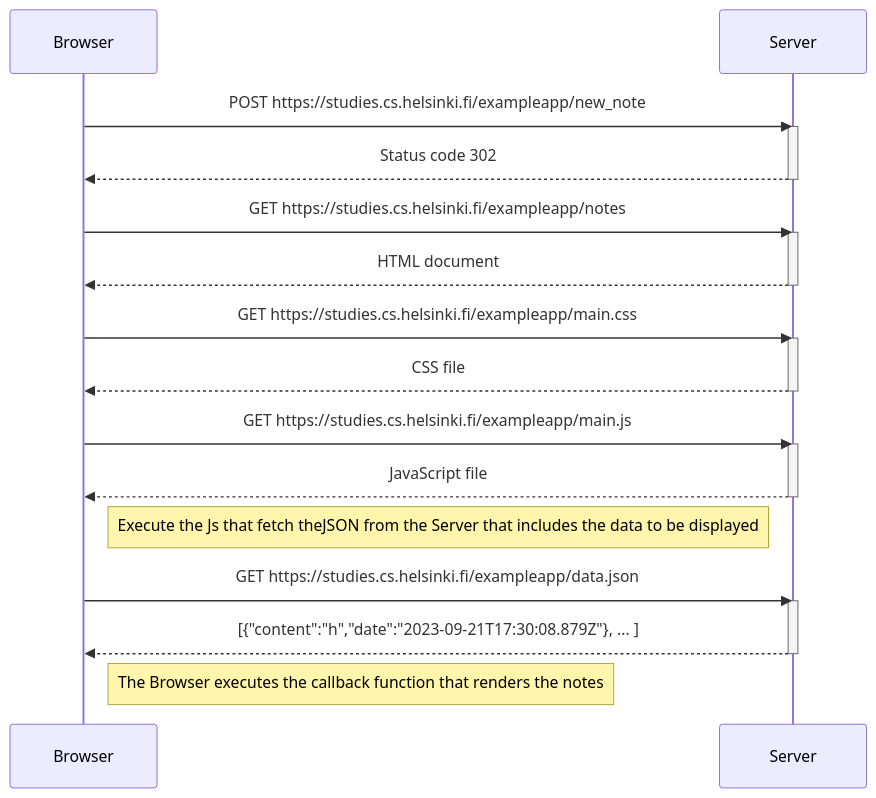
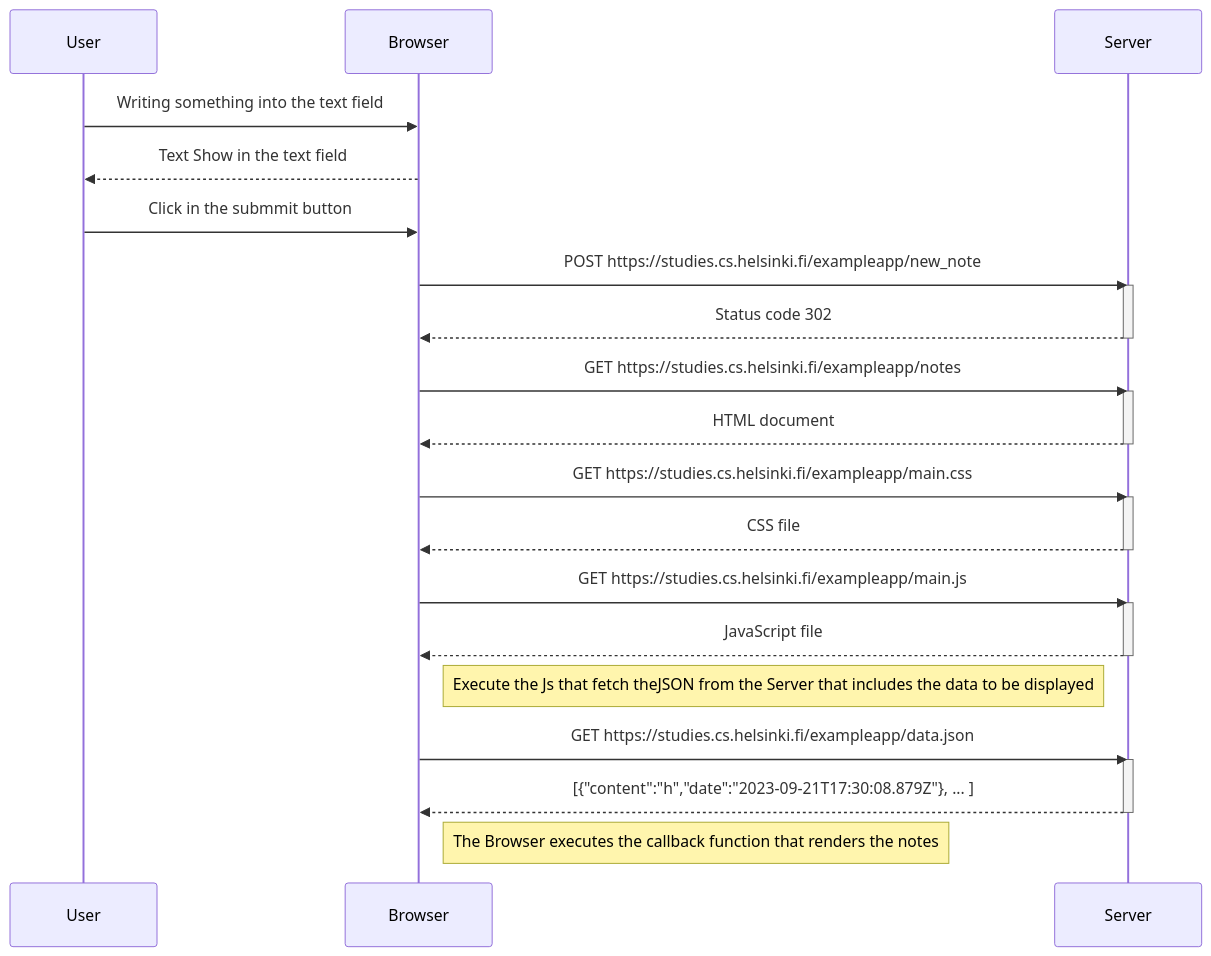
Before and after one commit to Khalentello/FullStackOpen: the diagram in part0/0.4NewNoteDiagram.mmd, drawn with Mermaid.

```diff
--- a/part0/0.4NewNoteDiagram.mmd
+++ b/part0/0.4NewNoteDiagram.mmd
@@ -1,33 +1,39 @@
 sequenceDiagram
+    participant User
     participant Browser
     participant Server
 
+    User->>Browser: Writing something into the text field
+    Browser-->>User: Text Show in the text field
+
+    User->>Browser: Click in the submmit button 
+    
     Browser->>Server: POST https://studies.cs.helsinki.fi/exampleapp/new_note
     activate Server
     Server-->>Browser: Status code 302
     deactivate Server
 
     Browser->>Server: GET https://studies.cs.helsinki.fi/exampleapp/notes
     activate Server
     Server-->>Browser: HTML document
     deactivate Server
 
     Browser->>Server: GET https://studies.cs.helsinki.fi/exampleapp/main.css
     activate Server
     Server-->>Browser: CSS file
     deactivate Server
 
     Browser->>Server: GET https://studies.cs.helsinki.fi/exampleapp/main.js
     activate Server
     Server-->>Browser: JavaScript file
     deactivate Server
 
     Note right of Browser: Execute the Js that fetch theJSON from the Server that includes the data to be displayed
 
     Browser->>Server: GET https://studies.cs.helsinki.fi/exampleapp/data.json
     activate Server
     Server-->>Browser: [{"content":"h","date":"2023-09-21T17:30:08.879Z"}, ... ]
     
     deactivate Server
 
     Note right of Browser: The Browser executes the callback function that renders the notes
```
